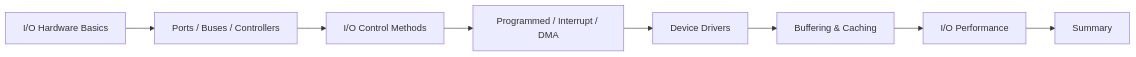
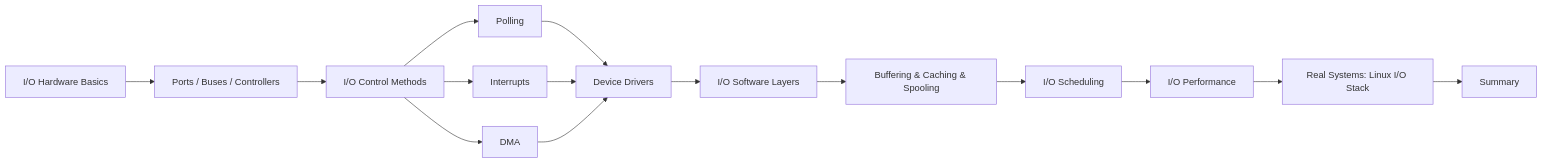
One commit to Raushan666java/ai-engineering-journey changed the diagram in docs/courses/operating-systems/13-io-systems.md. Above: the diagram before and after it, drawn with Mermaid. The commit also changed other lines of this file and 17 other files, not shown here.

```diff
--- a/docs/courses/operating-systems/13-io-systems.md
+++ b/docs/courses/operating-systems/13-io-systems.md
@@ -29,10 +35,17 @@
 <div class="mermaid">
 flowchart LR
     A[I/O Hardware Basics] --> B[Ports / Buses / Controllers]
     B --> C[I/O Control Methods]
-    C --> D[Programmed / Interrupt / DMA]
-    D --> E[Device Drivers]
-    E --> F[Buffering & Caching]
-    F --> G[I/O Performance]
-    G --> H[Summary]
+    C --> D[Polling]
+    C --> E[Interrupts]
+    C --> F[DMA]
+    D --> G[Device Drivers]
+    E --> G
+    F --> G
+    G --> H[I/O Software Layers]
+    H --> I[Buffering & Caching & Spooling]
+    I --> J[I/O Scheduling]
+    J --> K[I/O Performance]
+    K --> L[Real Systems: Linux I/O Stack]
+    L --> M[Summary]
 </div>
```
